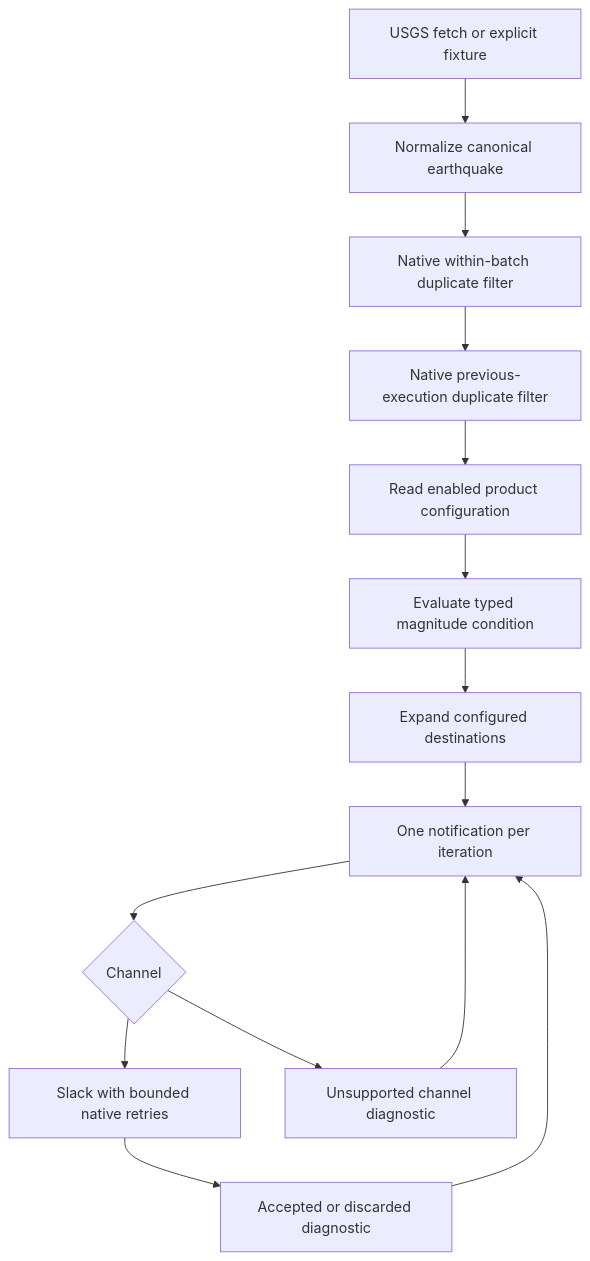
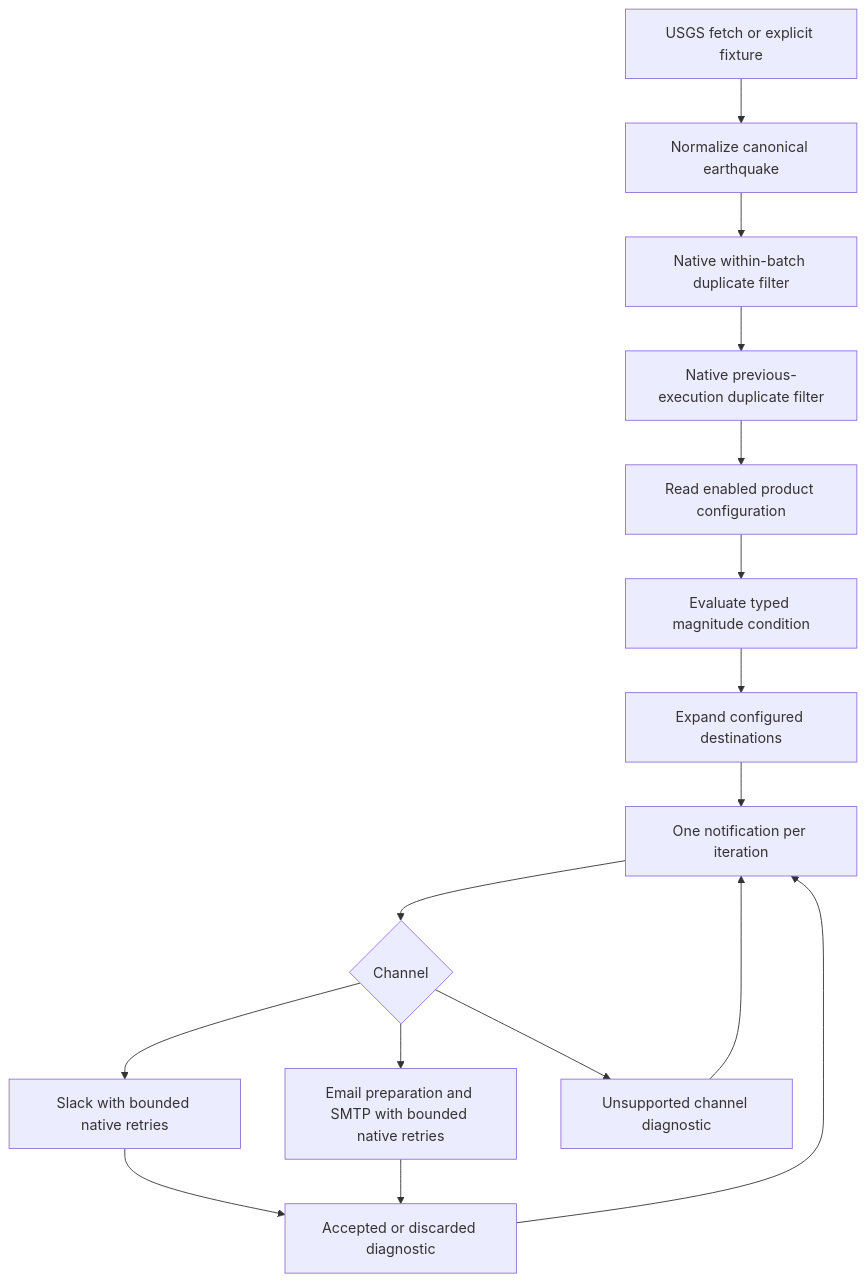
One commit to zskovacs/sonrisa-task04 changed the diagram in docs/04-architecture.md. Above: the diagram before and after it, drawn with Mermaid. The commit also changed other lines of this file and 28 other files, not shown here.

````diff
--- a/docs/04-architecture.md
+++ b/docs/04-architecture.md
@@ -23,16 +23,18 @@
 ```mermaid
 flowchart TD
   S[USGS fetch or explicit fixture] --> N[Normalize canonical earthquake]
   N --> B[Native within-batch duplicate filter]
   B --> D[Native previous-execution duplicate filter]
   D --> P[Read enabled product configuration]
   P --> E[Evaluate typed magnitude condition]
   E --> C[Expand configured destinations]
   C --> L[One notification per iteration]
   L --> R{Channel}
   R --> SL[Slack with bounded native retries]
+  R --> EM[Email preparation and SMTP with bounded native retries]
   R --> SK[Unsupported channel diagnostic]
   SL --> O[Accepted or discarded diagnostic]
+  EM --> O
   O --> L
   SK --> L
 ```
````
